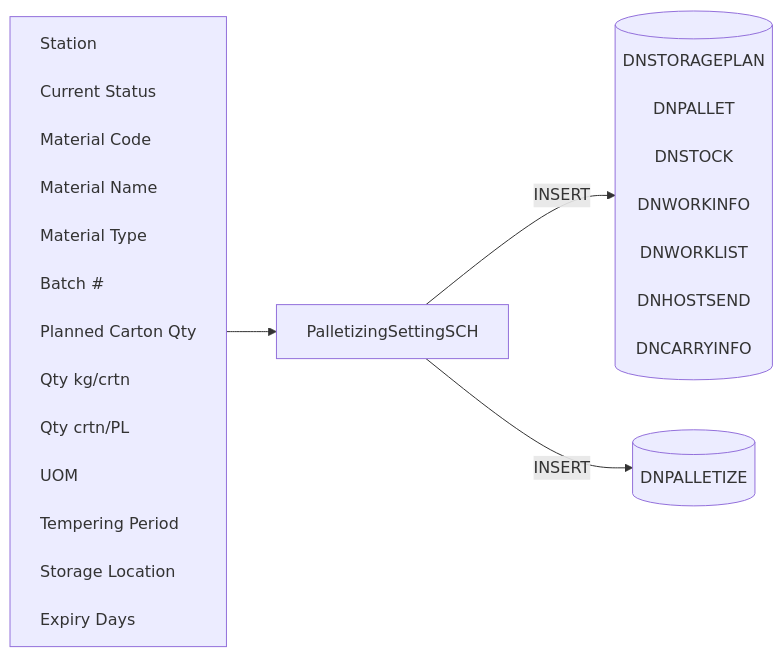
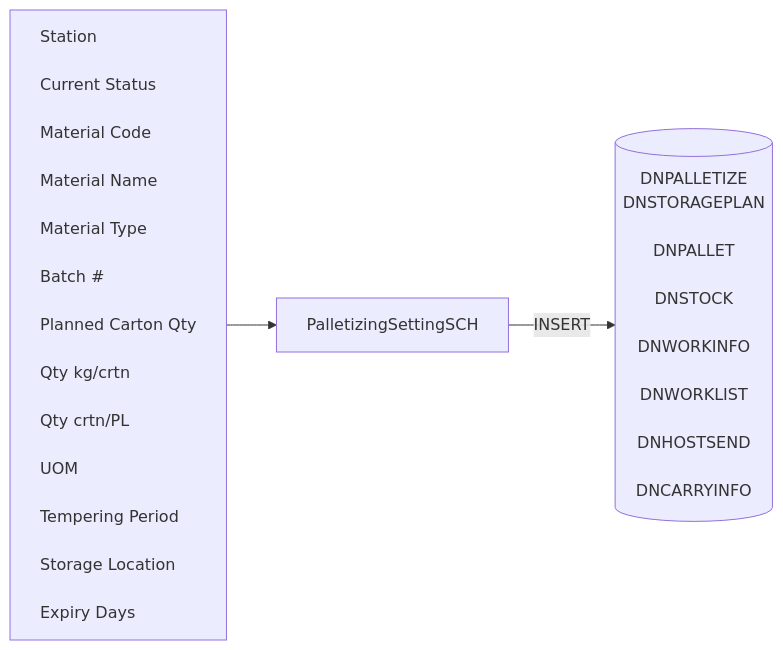
One commit to luthfiadityaa/SimeDarby-Wiki changed the first of 6 diagrams in Basic-Design/DFD-WMS/Storage/Palletizing-Settting/Palletize-Start.md. Above: the diagram before and after it, drawn with Mermaid.

Commit message:
Updated Palletize Start

```diff
--- a/Basic-Design/DFD-WMS/Storage/Palletizing-Settting/Palletize-Start.md
+++ b/Basic-Design/DFD-WMS/Storage/Palletizing-Settting/Palletize-Start.md
@@ -22,40 +22,36 @@
 ::: mermaid
 flowchart LR
     input[
         Station<br>
         Current Status<br>
         Material Code<br>
         Material Name<br>
         Material Type<br>
         Batch #<br>
         Planned Carton Qty<br>
         Qty kg/crtn<br>
         Qty crtn/PL<br>
         UOM<br>
         Tempering Period<br>
         Storage Location<br>
         Expiry Days<br>
     ]
 
-    tableList-insert-update[("
-        DNPALLETIZE<br>
-    ")]
-
     tableList-insert[("
+        DNPALLETIZE
         DNSTORAGEPLAN<br>
         DNPALLET<br>
         DNSTOCK<br>
         DNWORKINFO<br>
         DNWORKLIST<br>
         DNHOSTSEND<br>
         DNCARRYINFO<br>
     ")]
 
     className[PalletizingSettingSCH]
 
     input --> className --> |INSERT| tableList-insert
-    className --> |INSERT| tableList-insert-update
 
     classDef leftAlign text-align:left;
     class input leftAlign;
 :::
```
